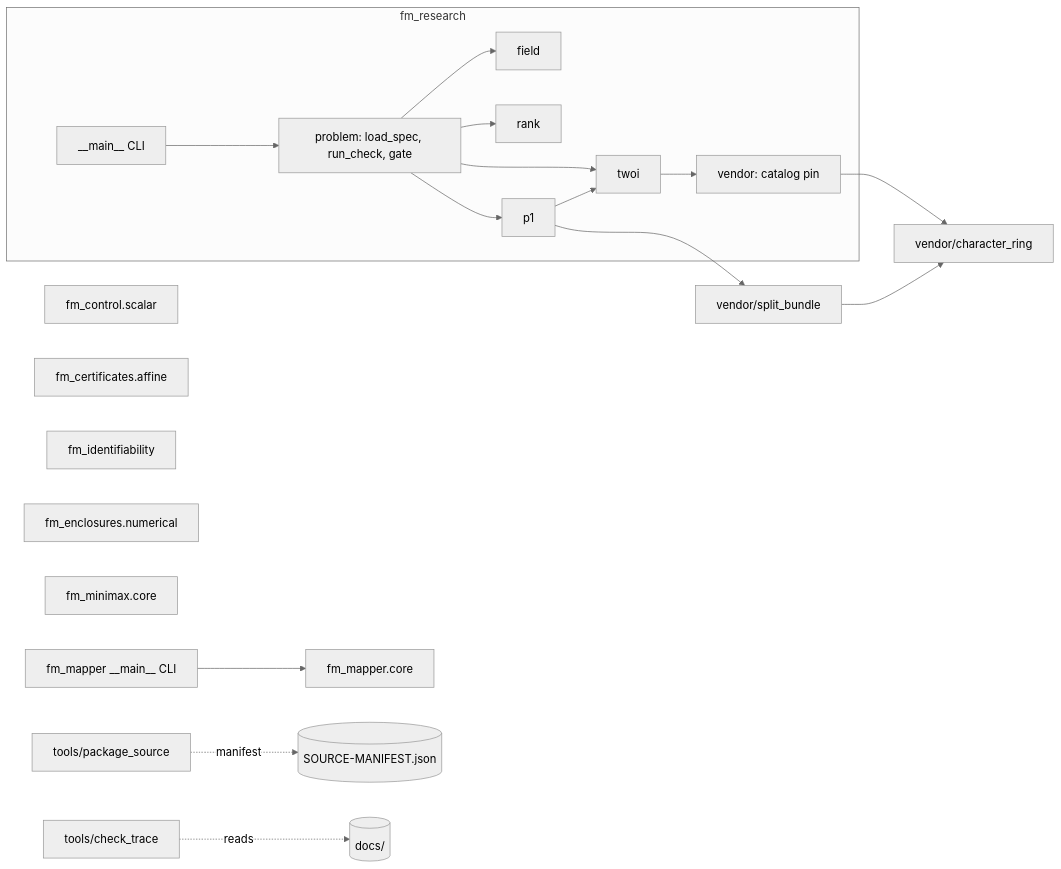
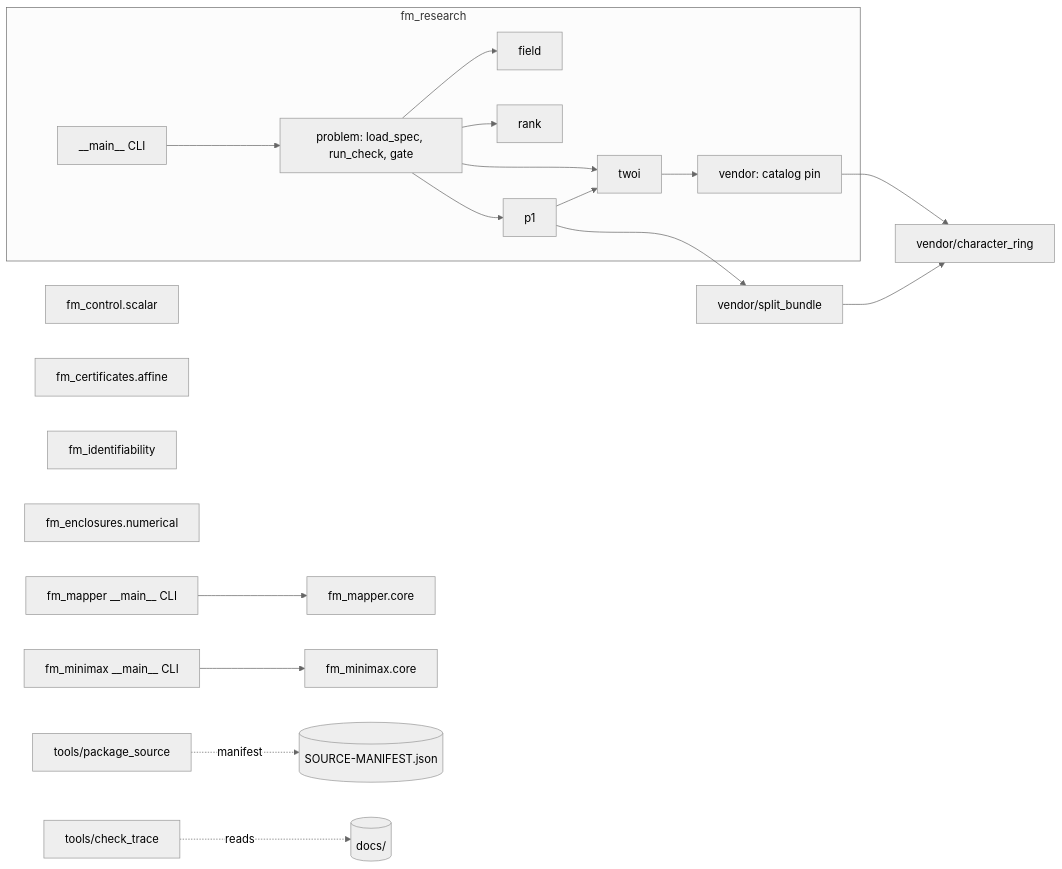
One commit to Akilleez-QA/foundation-math changed the first of 3 diagrams in docs/architecture/architecture.md. Above: the diagram before and after it, drawn with Mermaid (neutral theme). The commit also changed other lines of this file and 13 other files, not shown here.

````diff
--- a/docs/architecture/architecture.md
+++ b/docs/architecture/architecture.md
@@ -41,20 +41,20 @@
 ```mermaid
 flowchart LR
   subgraph research[fm_research]
     main[__main__ CLI] --> problem[problem: load_spec, run_check, gate]
     problem --> field[field] & rank[rank] & twoi[twoi] & p1[p1]
     twoi --> vendor[vendor: catalog pin]
     p1 --> twoi
   end
   vendor --> cr[vendor/character_ring]
   p1 --> sb[vendor/split_bundle]
   sb --> cr
   mmain[fm_mapper __main__ CLI] --> core[fm_mapper.core]
   control[fm_control.scalar]
   cert[fm_certificates.affine]
   ident[fm_identifiability]
   encl[fm_enclosures.numerical]
-  minimax[fm_minimax.core]
+  minmain[fm_minimax __main__ CLI] --> minimax[fm_minimax.core]
   pkg[tools/package_source] -.manifest.-> manifest[(SOURCE-MANIFEST.json)]
   trace[tools/check_trace] -.reads.-> docs[(docs/)]
 ```
````
